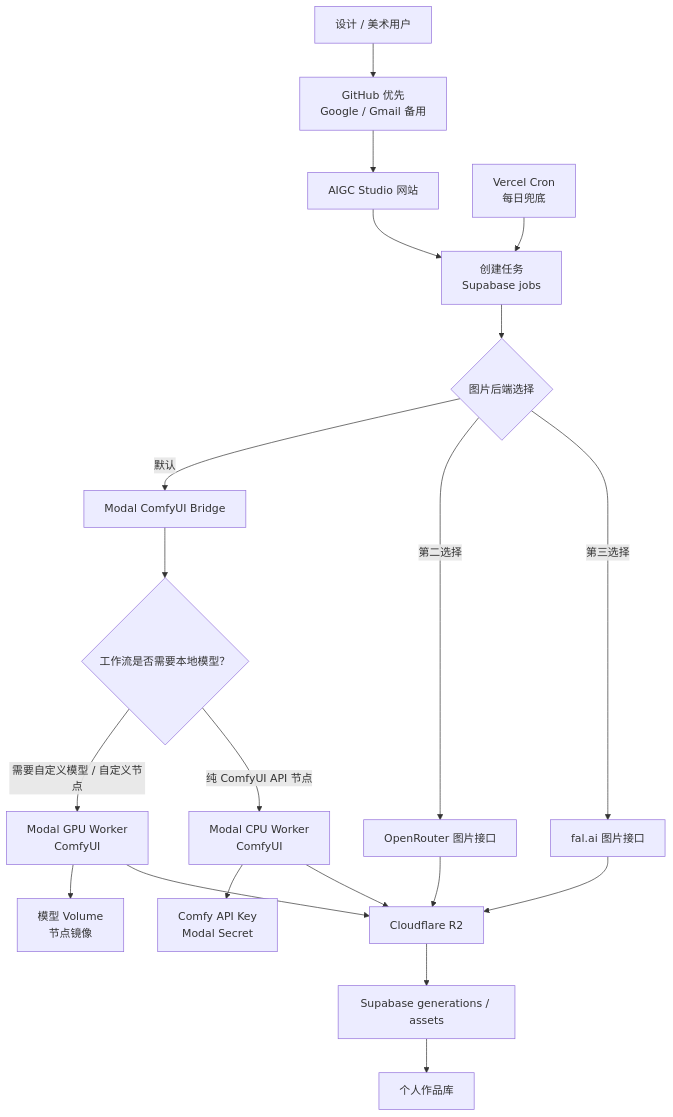
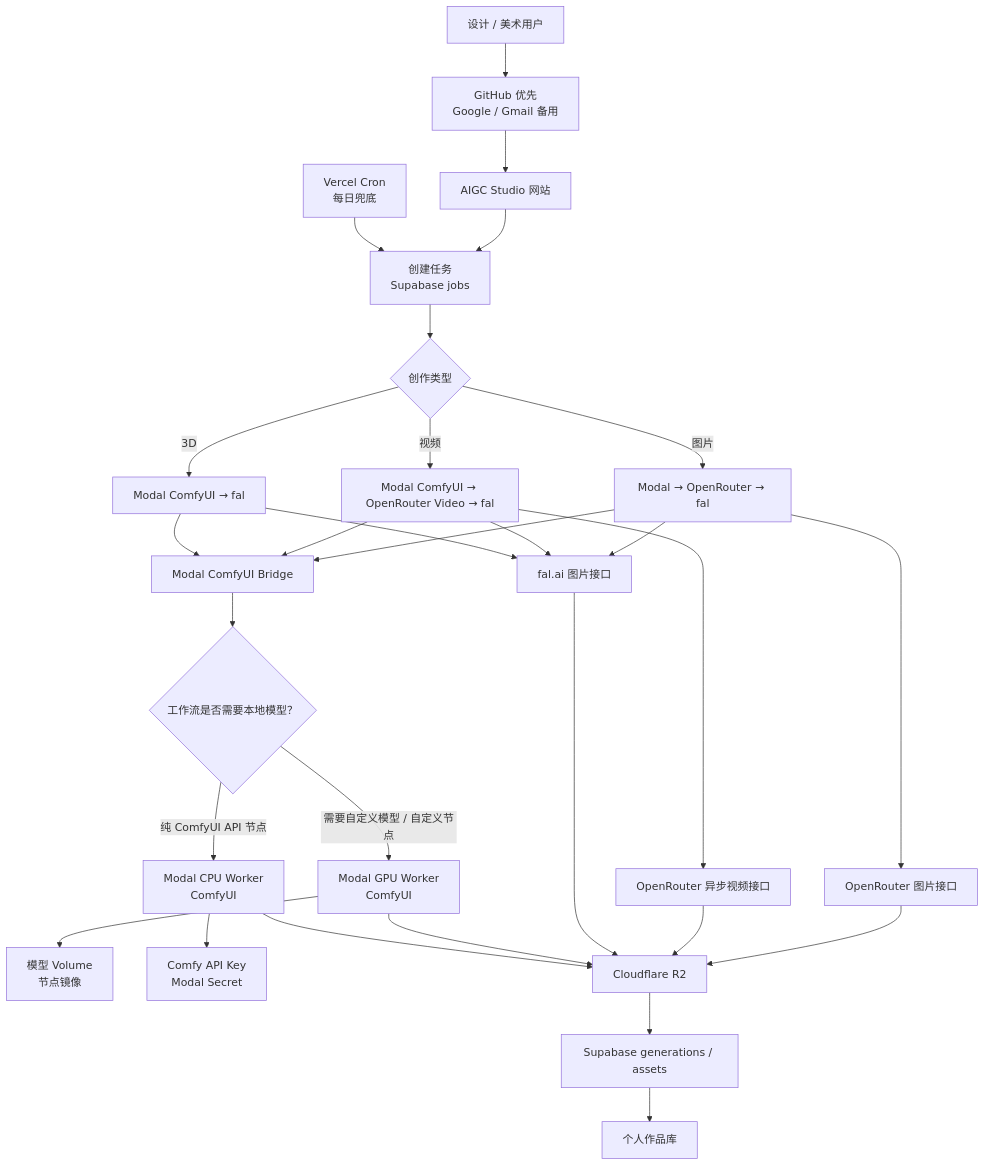
Before and after one commit to lynclee/aigc-studio: the first of 2 diagrams in docs/MODAL_COMFY_BACKEND_ARCHITECTURE.md, drawn with Mermaid. The commit also changed other lines of this file, not shown here.

Commit message:
docs(architecture): route OpenRouter video before fal

````diff
--- a/docs/MODAL_COMFY_BACKEND_ARCHITECTURE.md
+++ b/docs/MODAL_COMFY_BACKEND_ARCHITECTURE.md
@@ -17,26 +19,36 @@
 ```mermaid
 flowchart TD
   U[设计 / 美术用户] --> L[GitHub 优先<br/>Google / Gmail 备用]
   L --> W[AIGC Studio 网站]
   W --> J[创建任务<br/>Supabase jobs]
 
-  J --> P{图片后端选择}
-  P -->|默认| M[Modal ComfyUI Bridge]
-  P -->|第二选择| O[OpenRouter 图片接口]
-  P -->|第三选择| F[fal.ai 图片接口]
+  J --> K{创作类型}
+  K -->|图片| PI[Modal → OpenRouter → fal]
+  K -->|视频| PV[Modal ComfyUI → OpenRouter Video → fal]
+  K -->|3D| P3[Modal ComfyUI → fal]
+
+  PI --> M[Modal ComfyUI Bridge]
+  PV --> M
+  P3 --> M
+  PI --> O[OpenRouter 图片接口]
+  PV --> OV[OpenRouter 异步视频接口]
+  PI --> F[fal.ai 图片接口]
+  PV --> F
+  P3 --> F
 
   M --> R{工作流是否需要本地模型？}
   R -->|需要自定义模型 / 自定义节点| G[Modal GPU Worker<br/>ComfyUI]
   R -->|纯 ComfyUI API 节点| C[Modal CPU Worker<br/>ComfyUI]
   G --> MV[模型 Volume<br/>节点镜像]
   C --> CK[Comfy API Key<br/>Modal Secret]
 
   O --> R2[Cloudflare R2]
+  OV --> R2
   F --> R2
   G --> R2
   C --> R2
   R2 --> A[Supabase generations / assets]
   A --> LIB[个人作品库]
 
   V[Vercel Cron<br/>每日兜底] --> J
 ```
````
